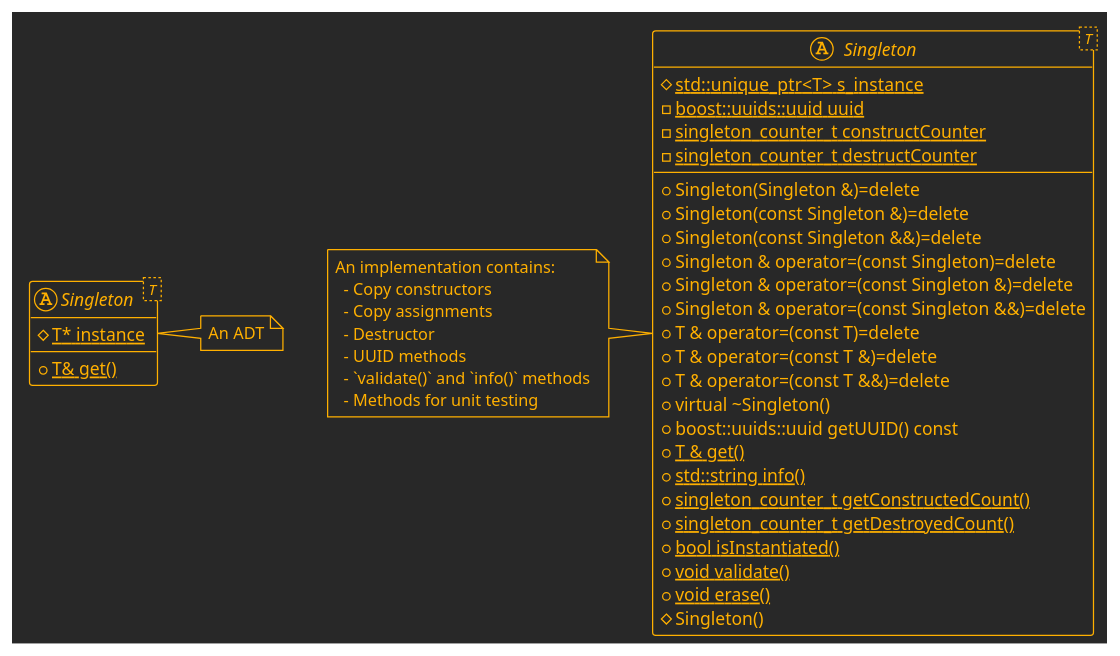
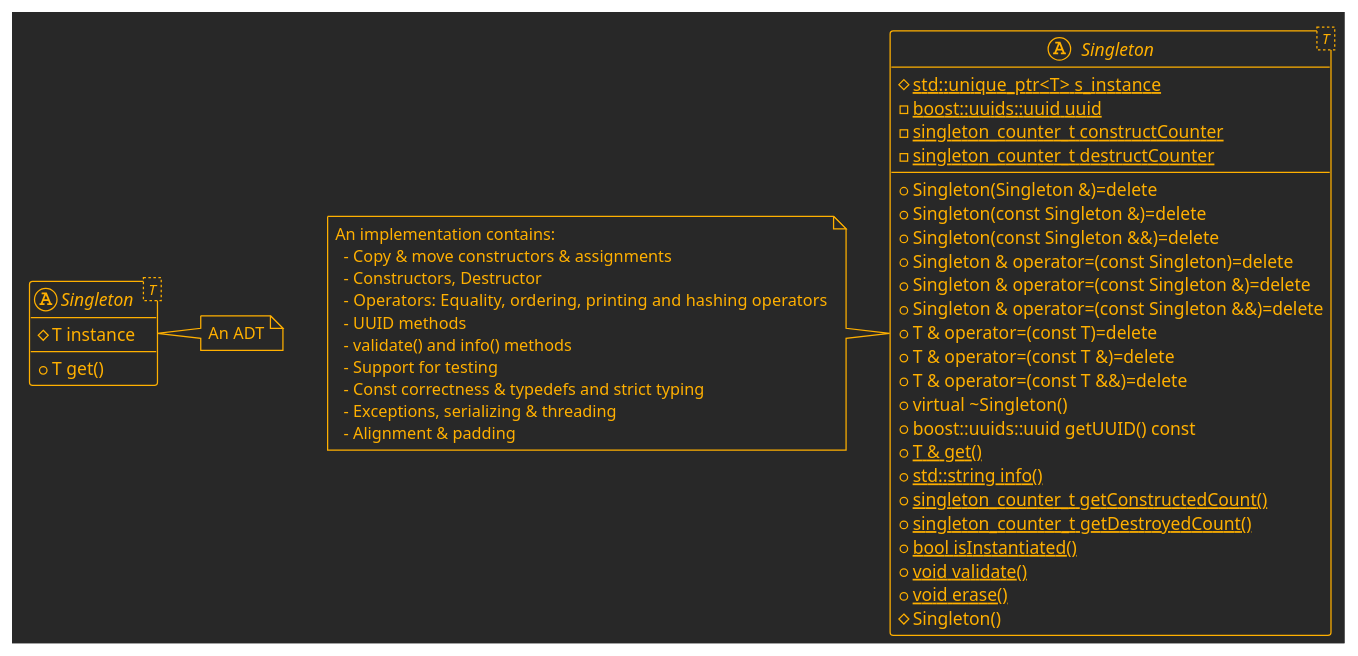
Before and after one commit to marknelsonengineer/empire: the first of 5 diagrams in API_DESIGN.md, drawn with PlantUML. The commit also changed other lines of this file and 6 other files, not shown here.

```diff
--- a/API_DESIGN.md
+++ b/API_DESIGN.md
@@ -47,51 +48,54 @@
 @startuml
 !theme crt-amber
 top to bottom direction
 
 abstract class "Singleton< T >" as ADT {
-  # {static} T* instance
-  + {static} T& get()
+  # T instance
+  + T get()
 }
 
 note right
 An ADT
 end note
 
 abstract class "Singleton< T >" as Implementation {
 # {static} std::unique_ptr<T>  s_instance
 - {static} boost::uuids::uuid uuid
 - {static} singleton_counter_t constructCounter
 - {static} singleton_counter_t destructCounter
 
 + Singleton(Singleton &)=delete
 + Singleton(const Singleton &)=delete
 + Singleton(const Singleton &&)=delete
 + Singleton & operator=(const Singleton)=delete
 + Singleton & operator=(const Singleton &)=delete
 + Singleton & operator=(const Singleton &&)=delete
 + T & operator=(const T)=delete
 + T & operator=(const T &)=delete
 + T & operator=(const T &&)=delete
 + virtual ~Singleton()
 + boost::uuids::uuid getUUID() const
 + {static} T & get()
 + {static} std::string info()
 + {static} singleton_counter_t getConstructedCount()
 + {static} singleton_counter_t getDestroyedCount()
 + {static} bool isInstantiated()
 + {static} void validate()
 + {static} void erase()
 # Singleton()
 }
 
 note left
 An implementation contains:
-  - Copy constructors
-  - Copy assignments
-  - Destructor
+  - Copy & move constructors & assignments
+  - Constructors, Destructor
+  - Operators:  Equality, ordering, printing and hashing operators
   - UUID methods
-  - `validate()` and `info()` methods
-  - Methods for unit testing
+  - validate() and info() methods
+  - Support for testing
+  - Const correctness & typedefs and strict typing
+  - Exceptions, serializing & threading
+  - Alignment & padding
 end note
 
 @enduml
```
